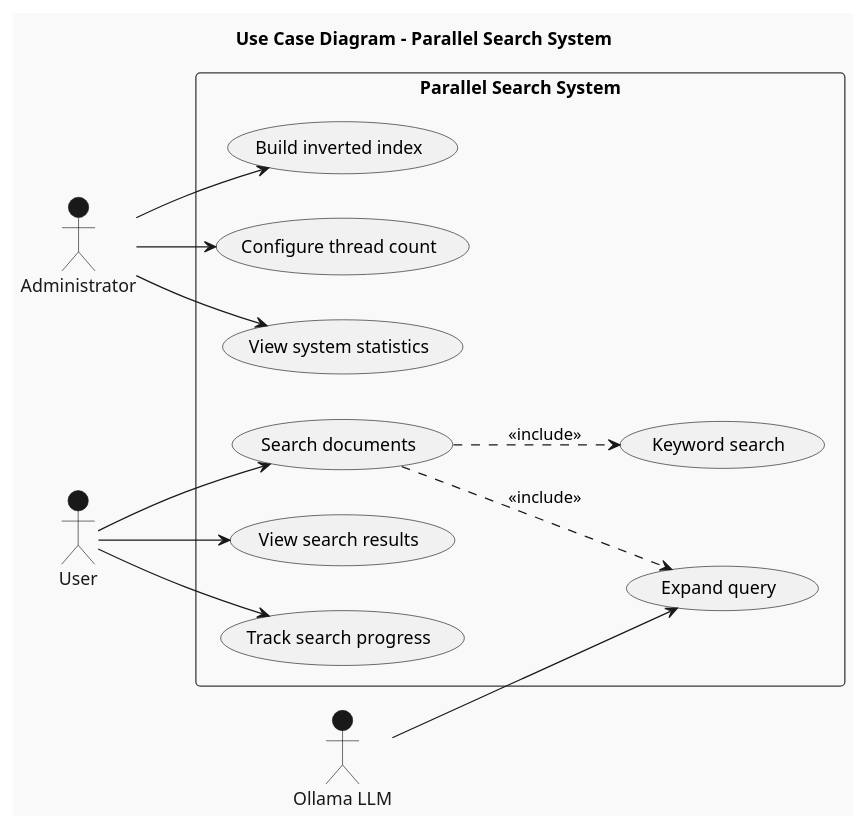
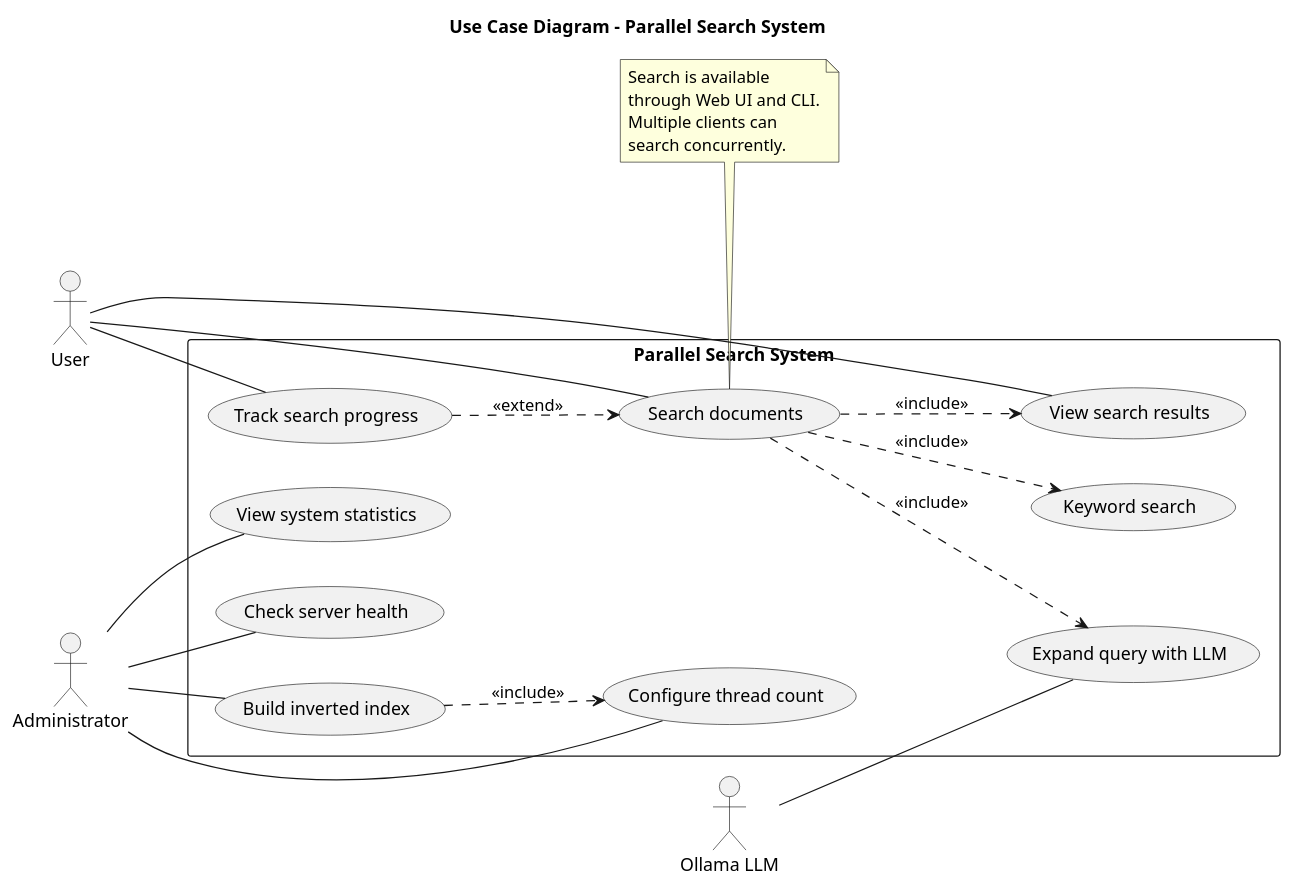
One commit to bebroidrur/Coursework_Parallel_Computing changed the diagram in diagrams/use_case_diagram.puml. Above: the diagram before and after it, drawn with PlantUML. The commit also changed 1 other file, not shown here.

Commit message:
docs: refine use case diagram for system model

```diff
--- a/diagrams/use_case_diagram.puml
+++ b/diagrams/use_case_diagram.puml
@@ -2,40 +1,51 @@
 @startuml
-!theme mars
+title Use Case Diagram - Parallel Search System
+
 left to right direction
 skinparam packageStyle rectangle
 skinparam shadowing false
-
-title Use Case Diagram - Parallel Search System
 
 actor "Administrator" as Admin
 actor "User" as User
 actor "Ollama LLM" as LLM
 
 rectangle "Parallel Search System" {
 
   usecase "Build inverted index" as UC1
   usecase "Configure thread count" as UC2
   usecase "View system statistics" as UC3
+  usecase "Check server health" as UC4
 
-  usecase "Search documents" as UC4
-  usecase "Expand query" as UC5
-  usecase "Keyword search" as UC6
-  usecase "View search results" as UC7
-  usecase "Track search progress" as UC8
+  usecase "Search documents" as UC5
+  usecase "Expand query with LLM" as UC6
+  usecase "Keyword search" as UC7
+  usecase "View search results" as UC8
+  usecase "Track search progress" as UC9
 
 }
 
-Admin --> UC1
-Admin --> UC2
-Admin --> UC3
+Admin -- UC1
+Admin -- UC2
+Admin -- UC3
+Admin -- UC4
 
-User --> UC4
-User --> UC7
-User --> UC8
+User -- UC5
+User -- UC8
+User -- UC9
 
-UC4 ..> UC5 : <<include>>
-UC4 ..> UC6 : <<include>>
+UC1 ..> UC2 : <<include>>
+UC5 ..> UC6 : <<include>>
+UC5 ..> UC7 : <<include>>
+UC5 ..> UC8 : <<include>>
 
-LLM --> UC5
+UC9 ..> UC5 : <<extend>>
 
+LLM -- UC6
+
+note bottom of UC5
+Search is available
+through Web UI and CLI.
+Multiple clients can
+search concurrently.
+end note
 @enduml
```
